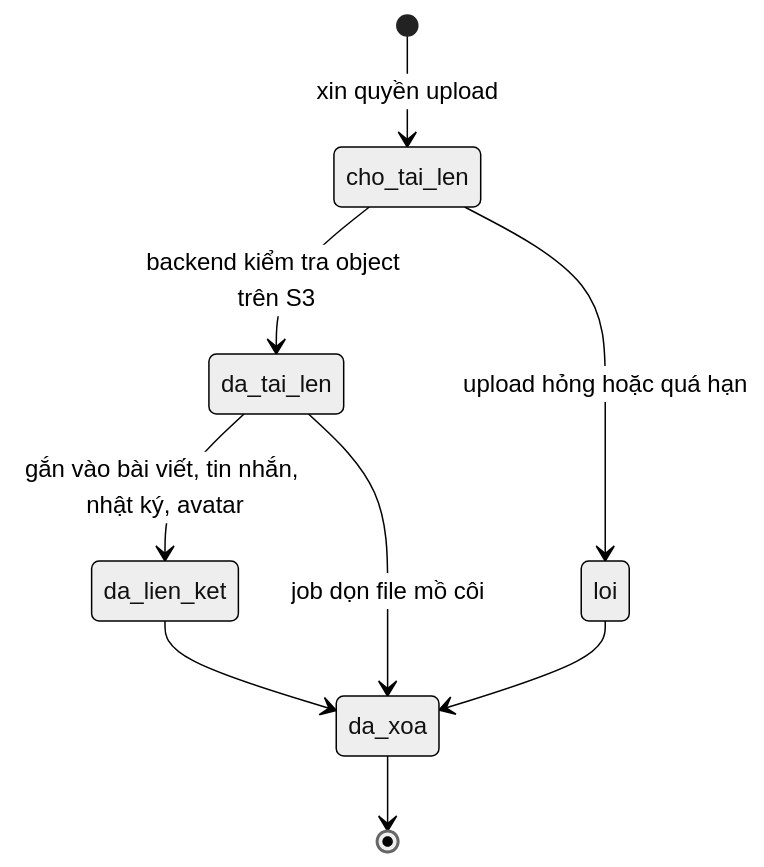
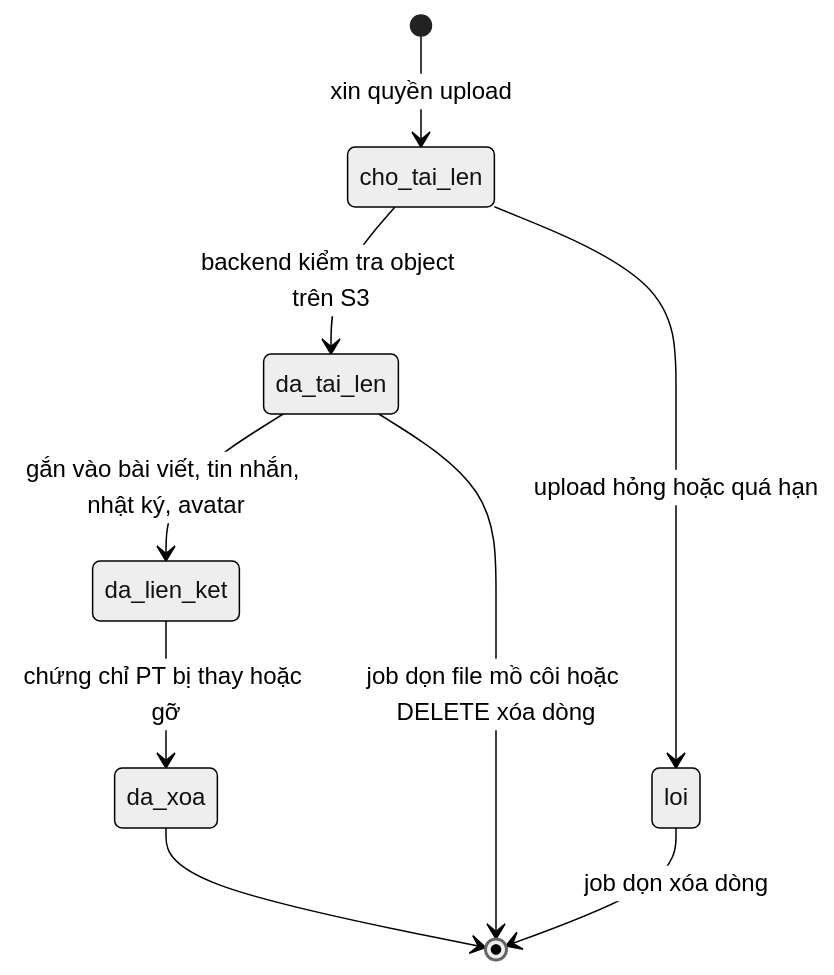
Before and after one commit to ngongochuy2003/GymBase: the second of 3 diagrams in database/diagrams/02-tep-tin.md, drawn with Mermaid (neutral theme). The commit also changed 3 other files, not shown here.

````diff
--- a/database/diagrams/02-tep-tin.md
+++ b/database/diagrams/02-tep-tin.md
@@ -41,11 +41,11 @@
 ```mermaid
 stateDiagram-v2
     [*] --> cho_tai_len : xin quyền upload
     cho_tai_len --> da_tai_len : backend kiểm tra object trên S3
     cho_tai_len --> loi : upload hỏng hoặc quá hạn
     da_tai_len --> da_lien_ket : gắn vào bài viết, tin nhắn, nhật ký, avatar
-    da_lien_ket --> da_xoa
-    da_tai_len --> da_xoa : job dọn file mồ côi
-    loi --> da_xoa
+    da_lien_ket --> da_xoa : chứng chỉ PT bị thay hoặc gỡ
+    da_tai_len --> [*] : job dọn file mồ côi hoặc DELETE xóa dòng
+    loi --> [*] : job dọn xóa dòng
     da_xoa --> [*]
 ```
````
